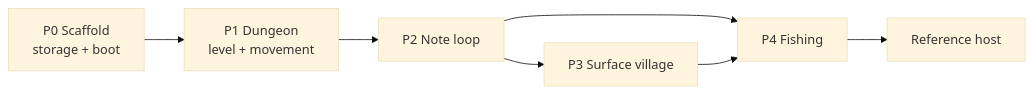
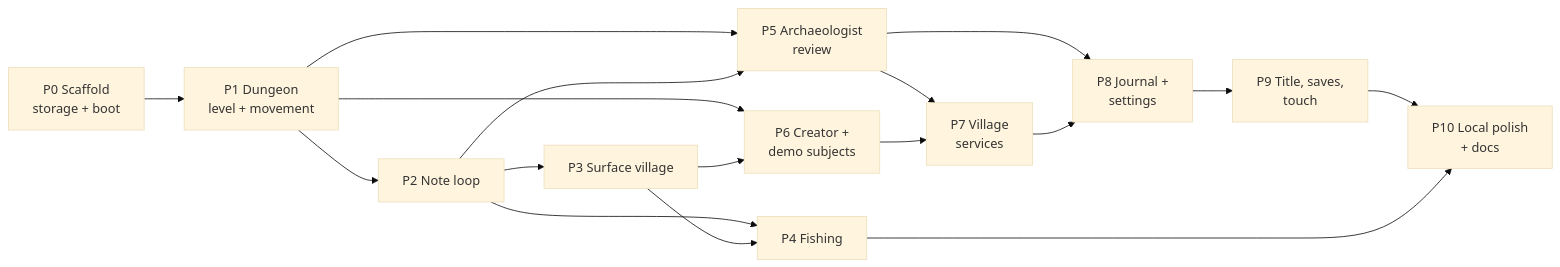
The diagram in docs/plans/side-scroller-host/README.md (McFuzzySquirrel/knowledge-dungeon-engine), drawn with Mermaid (base theme) before and after one commit. The commit also changed other lines of this file and 9 other files, not shown here.

````diff
--- a/docs/plans/side-scroller-host/README.md
+++ b/docs/plans/side-scroller-host/README.md
@@ -117,9 +154,19 @@
 ```mermaid
 flowchart LR
   P0["P0 Scaffold<br/>storage + boot"] --> P1["P1 Dungeon<br/>level + movement"]
   P1 --> P2["P2 Note loop"]
   P2 --> P3["P3 Surface village"]
   P2 --> P4["P4 Fishing"]
   P3 --> P4
-  P4 --> DONE["Reference host"]
+  P1 --> P5["P5 Archaeologist<br/>review"]
+  P2 --> P5
+  P1 --> P6["P6 Creator +<br/>demo subjects"]
+  P3 --> P6
+  P5 --> P7["P7 Village<br/>services"]
+  P6 --> P7
+  P5 --> P8["P8 Journal +<br/>settings"]
+  P7 --> P8
+  P8 --> P9["P9 Title, saves,<br/>touch"]
+  P9 --> P10["P10 Local polish<br/>+ docs"]
+  P4 --> P10
 ```
````
